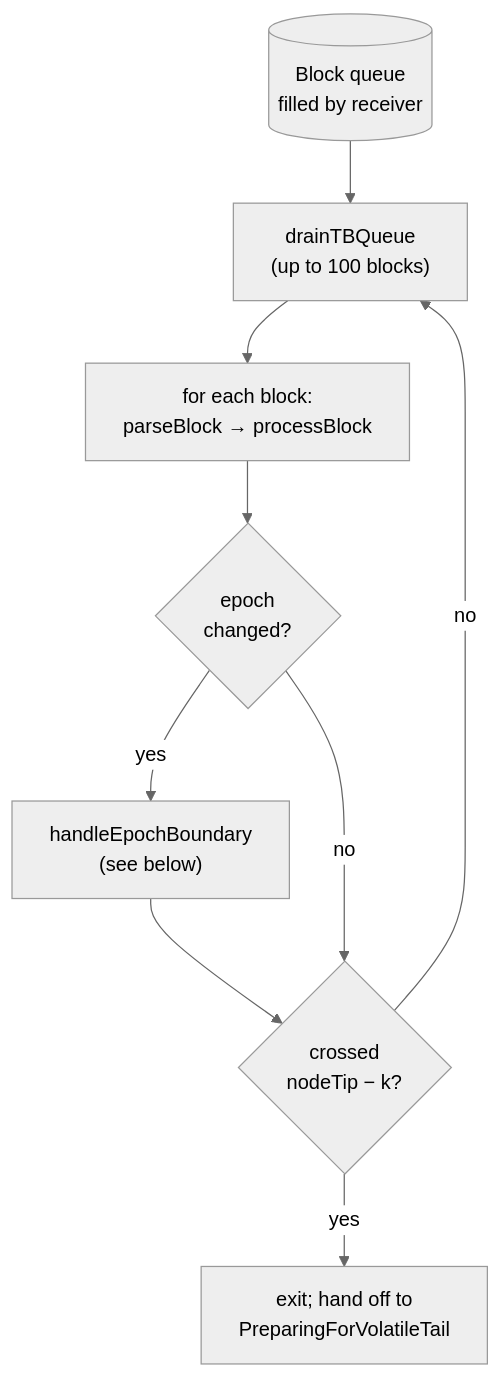
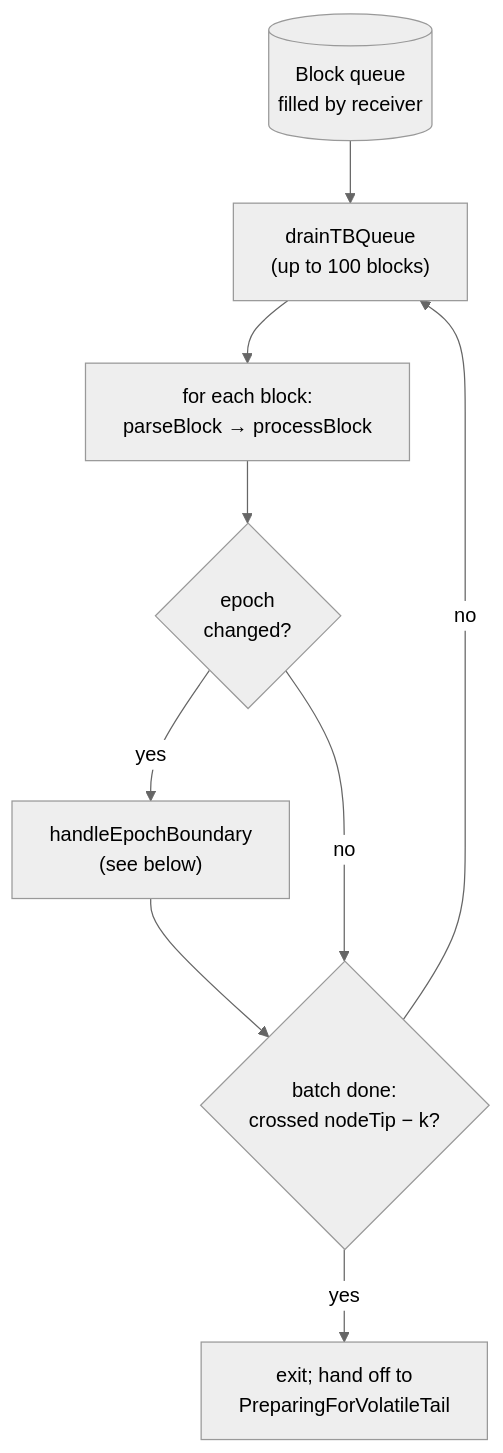
Before and after one commit to input-output-hk/dbsync: the diagram in docs/developers/phases/ingest.md, drawn with Mermaid (neutral theme). The commit also changed other lines of this file and 83 other files, not shown here.

````diff
--- a/docs/developers/phases/ingest.md
+++ b/docs/developers/phases/ingest.md
@@ -25,17 +25,17 @@
 ```mermaid
 flowchart TD
     Queue[("Block queue<br/>filled by receiver")]
     Drain["drainTBQueue<br/>(up to 100 blocks)"]
     Loop["for each block:<br/>parseBlock → processBlock"]
     Epoch{"epoch<br/>changed?"}
     Boundary["handleEpochBoundary<br/>(see below)"]
-    Boundary2{"crossed<br/>nodeTip − k?"}
+    Boundary2{"batch done:<br/>crossed nodeTip − k?"}
     Exit["exit; hand off to<br/>PreparingForVolatileTail"]
 
     Queue --> Drain --> Loop
     Loop --> Epoch
     Epoch -- "yes" --> Boundary --> Boundary2
     Epoch -- "no" --> Boundary2
     Boundary2 -- "no" --> Drain
     Boundary2 -- "yes" --> Exit
 ```
````
